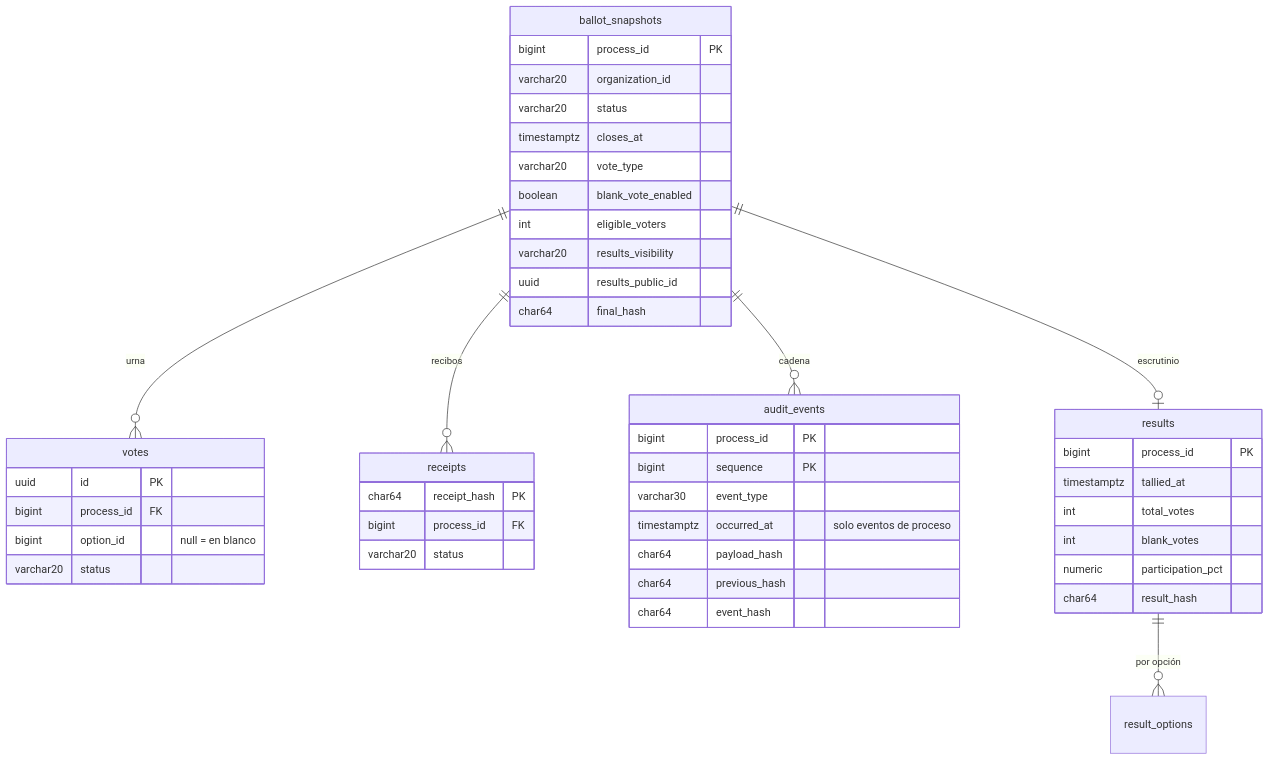
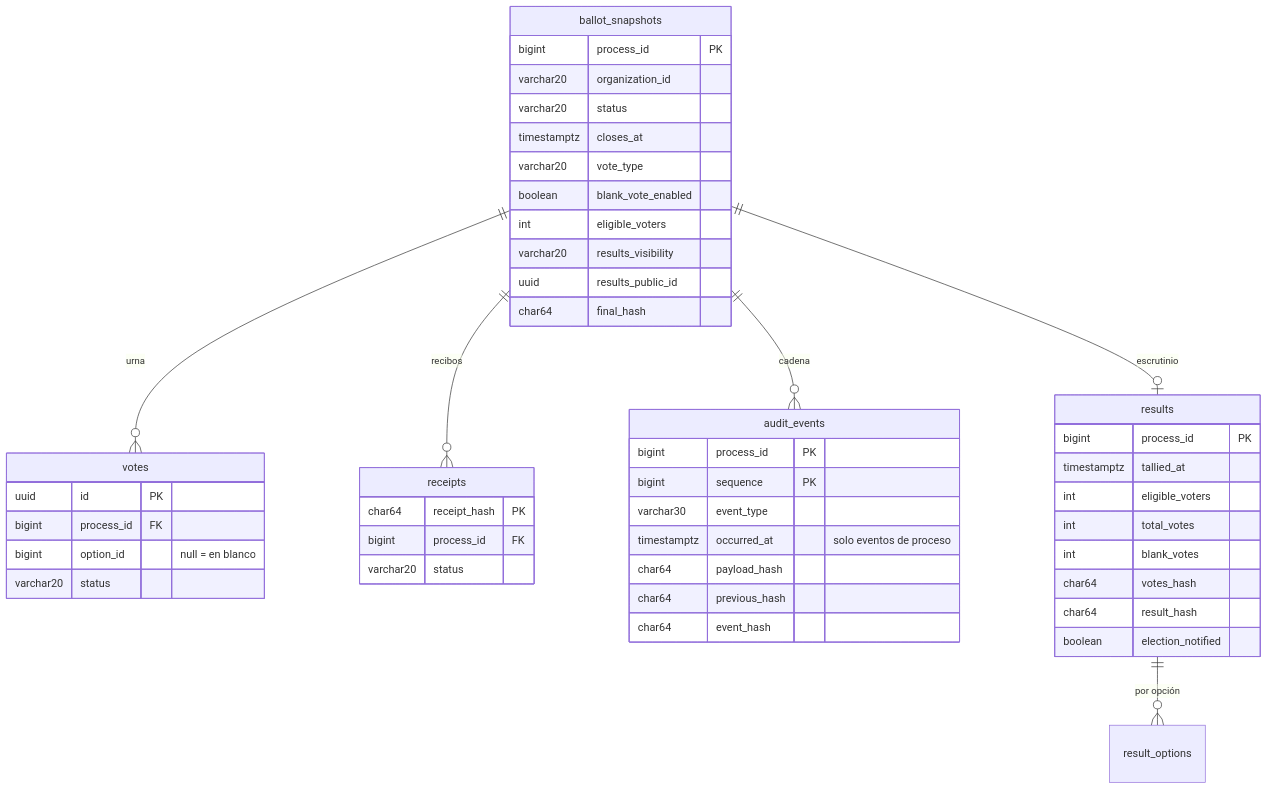
Before and after one commit to saulrampa-ual/saas-digital-voting: the fourth of 4 diagrams in docs/architecture/data-model.md, drawn with Mermaid. The commit also changed other lines of this file and 42 other files, not shown here.

````diff
--- a/docs/architecture/data-model.md
+++ b/docs/architecture/data-model.md
@@ -193,48 +193,50 @@
 ```mermaid
 erDiagram
     ballot_snapshots ||--o{ votes : "urna"
     ballot_snapshots ||--o{ receipts : "recibos"
     ballot_snapshots ||--o{ audit_events : "cadena"
     ballot_snapshots ||--o| results : "escrutinio"
     results ||--o{ result_options : "por opción"
     ballot_snapshots {
         bigint process_id PK
         varchar20 organization_id
         varchar20 status
         timestamptz closes_at
         varchar20 vote_type
         boolean blank_vote_enabled
         int eligible_voters
         varchar20 results_visibility
         uuid results_public_id
         char64 final_hash
     }
     votes {
         uuid id PK
         bigint process_id FK
         bigint option_id "null = en blanco"
         varchar20 status
     }
     receipts {
         char64 receipt_hash PK
         bigint process_id FK
         varchar20 status
     }
     audit_events {
         bigint process_id PK
         bigint sequence PK
         varchar30 event_type
         timestamptz occurred_at "solo eventos de proceso"
         char64 payload_hash
         char64 previous_hash
         char64 event_hash
     }
     results {
         bigint process_id PK
         timestamptz tallied_at
+        int eligible_voters
         int total_votes
         int blank_votes
-        numeric participation_pct
+        char64 votes_hash
         char64 result_hash
+        boolean election_notified
     }
 ```
````
